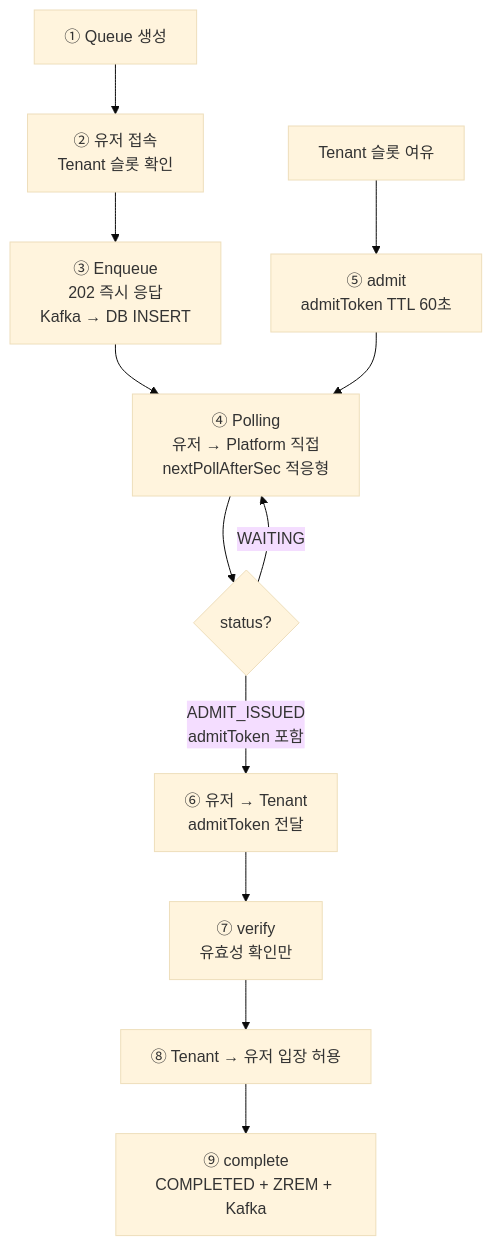
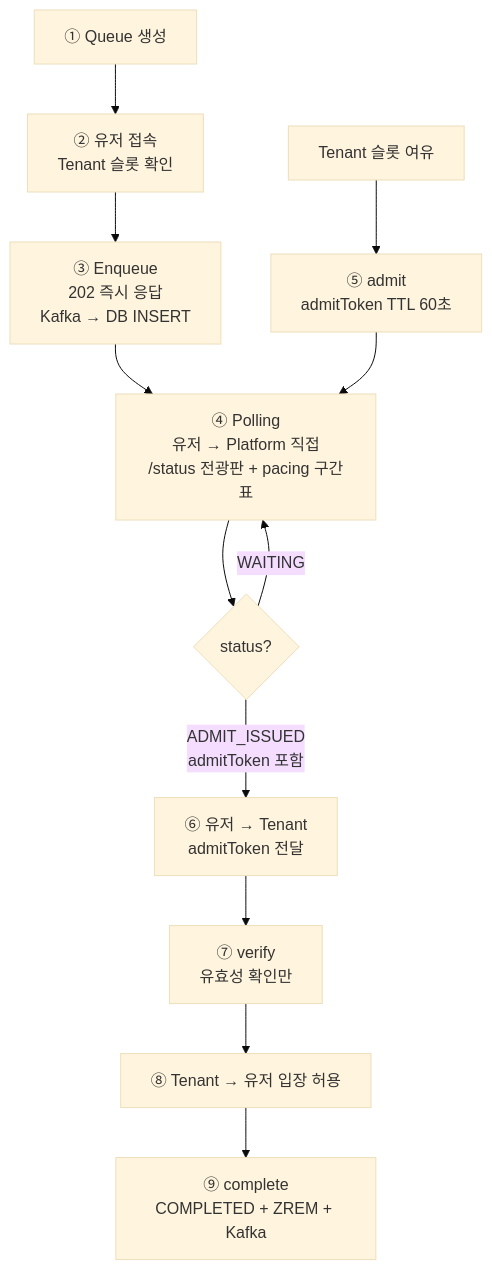
One commit to S-Onix/queue-platform changed the fourth of 4 diagrams in README.md. Above: the diagram before and after it, drawn with Mermaid (base theme). The commit also changed other lines of this file and 7 other files, not shown here.

````diff
--- a/README.md
+++ b/README.md
@@ -177,20 +182,20 @@
 ```mermaid
 flowchart TD
     A["① Queue 생성"]
     --> B["② 유저 접속\nTenant 슬롯 확인"]
     --> C["③ Enqueue\n202 즉시 응답\nKafka → DB INSERT"]
-    --> D["④ Polling\n유저 → Platform 직접\nnextPollAfterSec 적응형"]
+    --> D["④ Polling\n유저 → Platform 직접\n/status 전광판 + pacing 구간표"]
 
     D --> E{"status?"}
     E -- "WAITING" --> D
     E -- "ADMIT_ISSUED\nadmitToken 포함" --> F
 
     F["⑥ 유저 → Tenant\nadmitToken 전달"]
     --> G["⑦ verify\n유효성 확인만"]
     --> H["⑧ Tenant → 유저 입장 허용"]
     --> I["⑨ complete\nCOMPLETED + ZREM + Kafka"]
 
     J["Tenant 슬롯 여유"]
     --> K["⑤ admit\nadmitToken TTL 60초"]
     --> D
 ```
````
